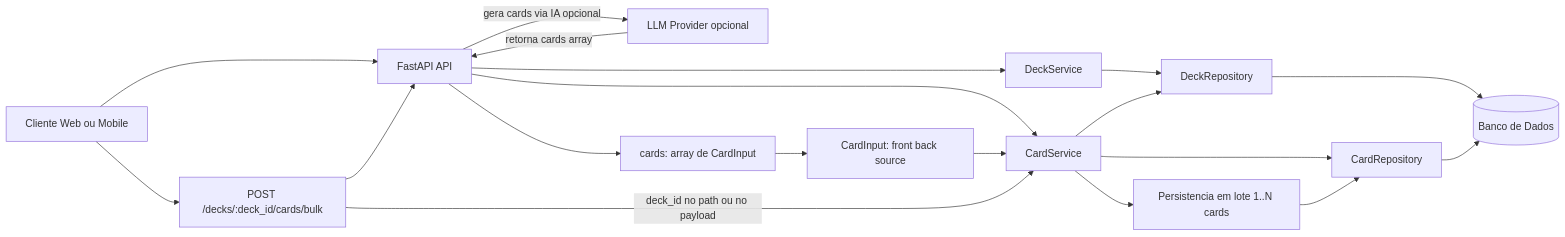
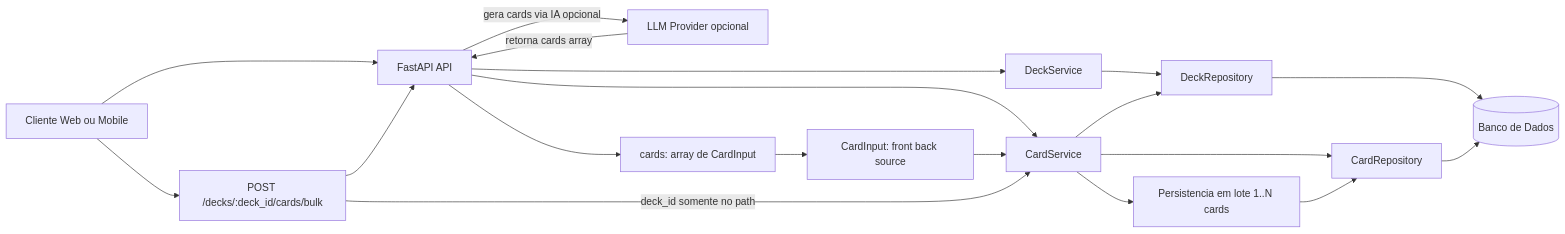
The diagram in docs/arquitetura-componentes.mmd (guilherme-rms-cv/flashcards-micro-api), drawn with Mermaid before and after one commit. The commit also changed 2 other files, not shown here.

Commit message:
docs(cards): document deck_id as path-only in bulk endpoint contract

````diff
--- a/docs/arquitetura-componentes.mmd
+++ b/docs/arquitetura-componentes.mmd
@@ -1,31 +1,31 @@
 ```mermaid
 flowchart LR
     Client[Cliente Web ou Mobile]
     API[FastAPI API]
     DeckService[DeckService]
     CardService[CardService]
     DeckRepo[DeckRepository]
     CardRepo[CardRepository]
     DB[(Banco de Dados)]
     LLM[LLM Provider opcional]
 
     BulkEndpoint[POST /decks/:deck_id/cards/bulk]
     BulkPayload[cards: array de CardInput]
     CardInput[CardInput: front back source]
     PersistBulk[Persistencia em lote 1..N cards]
 
     Client --> API
     Client --> BulkEndpoint --> API
 
     API --> DeckService --> DeckRepo --> DB
     API --> CardService
     CardService --> CardRepo --> DB
     CardService --> DeckRepo
 
     API -->|gera cards via IA opcional| LLM
     LLM -->|retorna cards array| API
 
     API --> BulkPayload --> CardInput --> CardService
-    BulkEndpoint -->|deck_id no path ou no payload| CardService
+    BulkEndpoint -->|deck_id somente no path| CardService
     CardService --> PersistBulk --> CardRepo
 ```
````
